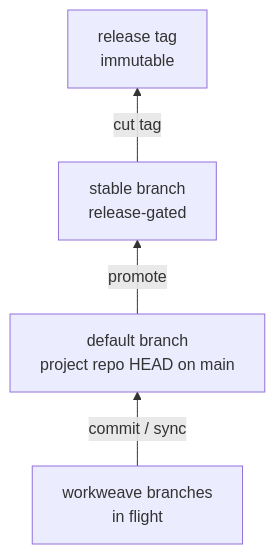
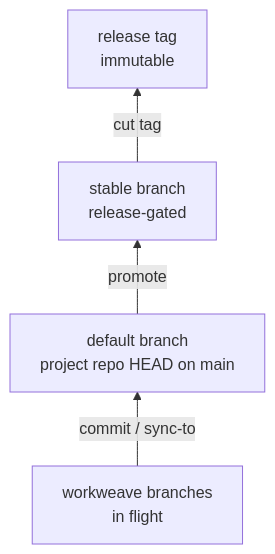
Before and after one commit to cwalv/repoweave: the diagram in docs/explanation/joints/pyramid-of-stability.md, drawn with Mermaid. The commit also changed other lines of this file and 89 other files, not shown here.

````diff
--- a/docs/explanation/joints/pyramid-of-stability.md
+++ b/docs/explanation/joints/pyramid-of-stability.md
@@ -34,11 +34,11 @@
 ```mermaid
 flowchart BT
     W[workweave branches<br/>in flight]
     D[default branch<br/>project repo HEAD on main]
     S[stable branch<br/>release-gated]
     R[release tag<br/>immutable]
 
-    W -->|commit / sync| D
+    W -->|commit / sync-to| D
     D -->|promote| S
     S -->|cut tag| R
 ```
````
